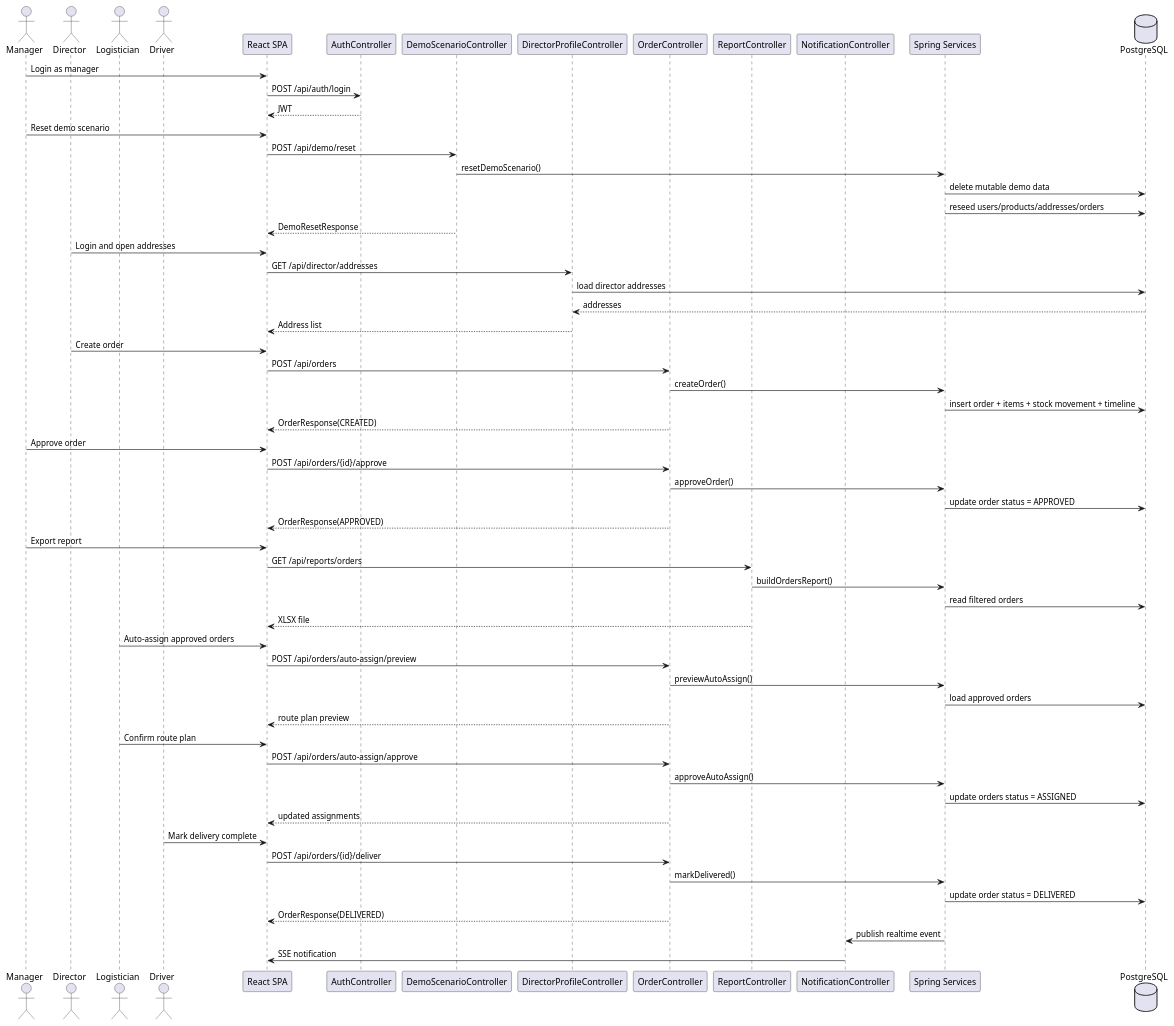
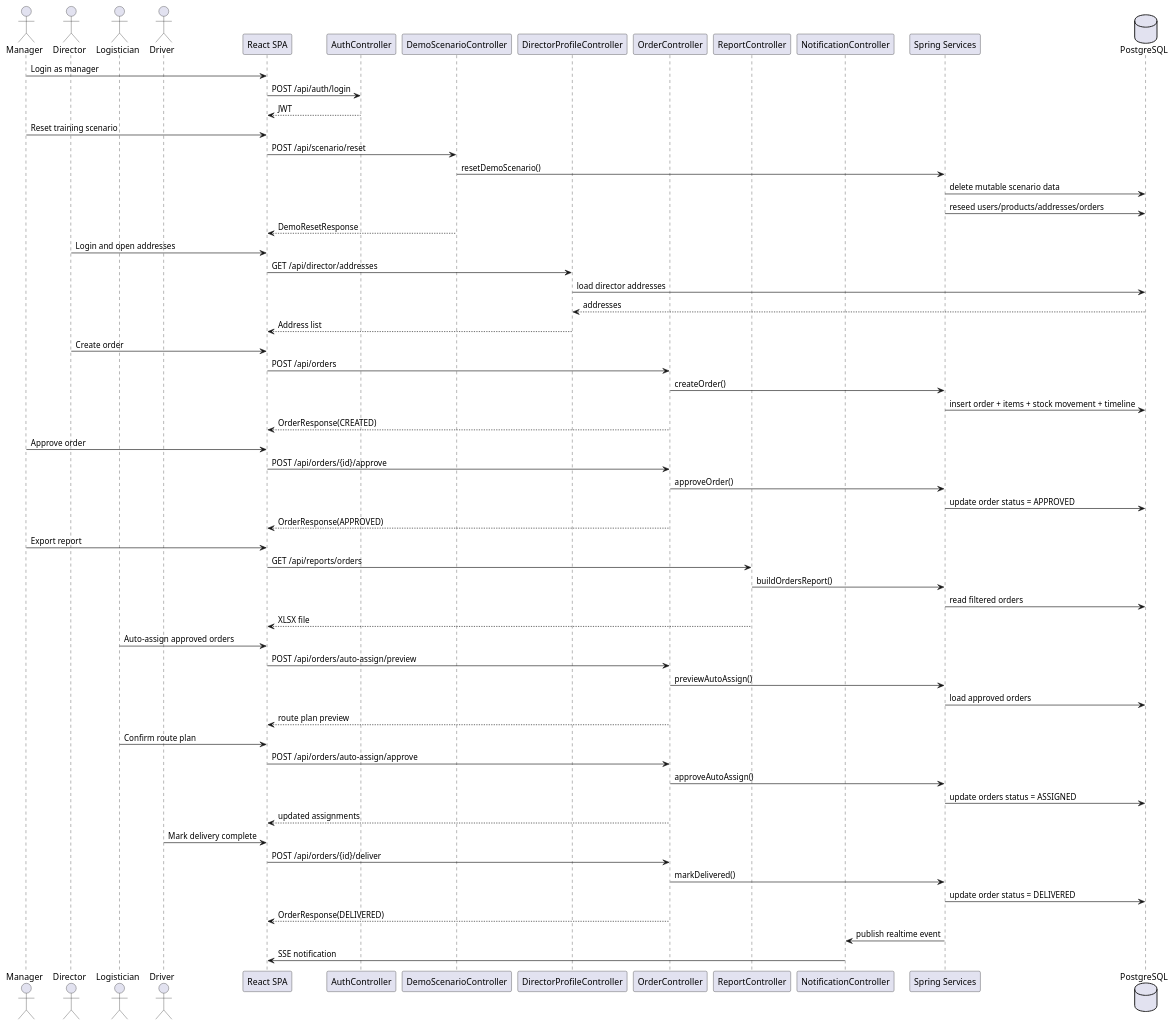
The diagram in docs/diagrams/sequence.puml (mkmacupe/farmer), drawn with PlantUML before and after one commit. The commit also changed 34 other files, not shown here.

```diff
--- a/docs/diagrams/sequence.puml
+++ b/docs/diagrams/sequence.puml
@@ -1,72 +1,72 @@
 @startuml
 actor Manager
 actor Director
 actor Logistician
 actor Driver
 
 participant "React SPA" as UI
 participant "AuthController" as Auth
 participant "DemoScenarioController" as Demo
 participant "DirectorProfileController" as Profile
 participant "OrderController" as Order
 participant "ReportController" as Report
 participant "NotificationController" as Notifications
 participant "Spring Services" as Service
 database "PostgreSQL" as DB
 
 Manager -> UI: Login as manager
 UI -> Auth: POST /api/auth/login
 Auth --> UI: JWT
 
-Manager -> UI: Reset demo scenario
-UI -> Demo: POST /api/demo/reset
+Manager -> UI: Reset training scenario
+UI -> Demo: POST /api/scenario/reset
 Demo -> Service: resetDemoScenario()
-Service -> DB: delete mutable demo data
+Service -> DB: delete mutable scenario data
 Service -> DB: reseed users/products/addresses/orders
 Demo --> UI: DemoResetResponse
 
 Director -> UI: Login and open addresses
 UI -> Profile: GET /api/director/addresses
 Profile -> DB: load director addresses
 DB --> Profile: addresses
 Profile --> UI: Address list
 
 Director -> UI: Create order
 UI -> Order: POST /api/orders
 Order -> Service: createOrder()
 Service -> DB: insert order + items + stock movement + timeline
 Order --> UI: OrderResponse(CREATED)
 
 Manager -> UI: Approve order
 UI -> Order: POST /api/orders/{id}/approve
 Order -> Service: approveOrder()
 Service -> DB: update order status = APPROVED
 Order --> UI: OrderResponse(APPROVED)
 
 Manager -> UI: Export report
 UI -> Report: GET /api/reports/orders
 Report -> Service: buildOrdersReport()
 Service -> DB: read filtered orders
 Report --> UI: XLSX file
 
 Logistician -> UI: Auto-assign approved orders
 UI -> Order: POST /api/orders/auto-assign/preview
 Order -> Service: previewAutoAssign()
 Service -> DB: load approved orders
 Order --> UI: route plan preview
 
 Logistician -> UI: Confirm route plan
 UI -> Order: POST /api/orders/auto-assign/approve
 Order -> Service: approveAutoAssign()
 Service -> DB: update orders status = ASSIGNED
 Order --> UI: updated assignments
 
 Driver -> UI: Mark delivery complete
 UI -> Order: POST /api/orders/{id}/deliver
 Order -> Service: markDelivered()
 Service -> DB: update order status = DELIVERED
 Order --> UI: OrderResponse(DELIVERED)
 
 Service -> Notifications: publish realtime event
 Notifications -> UI: SSE notification
 @enduml
```
